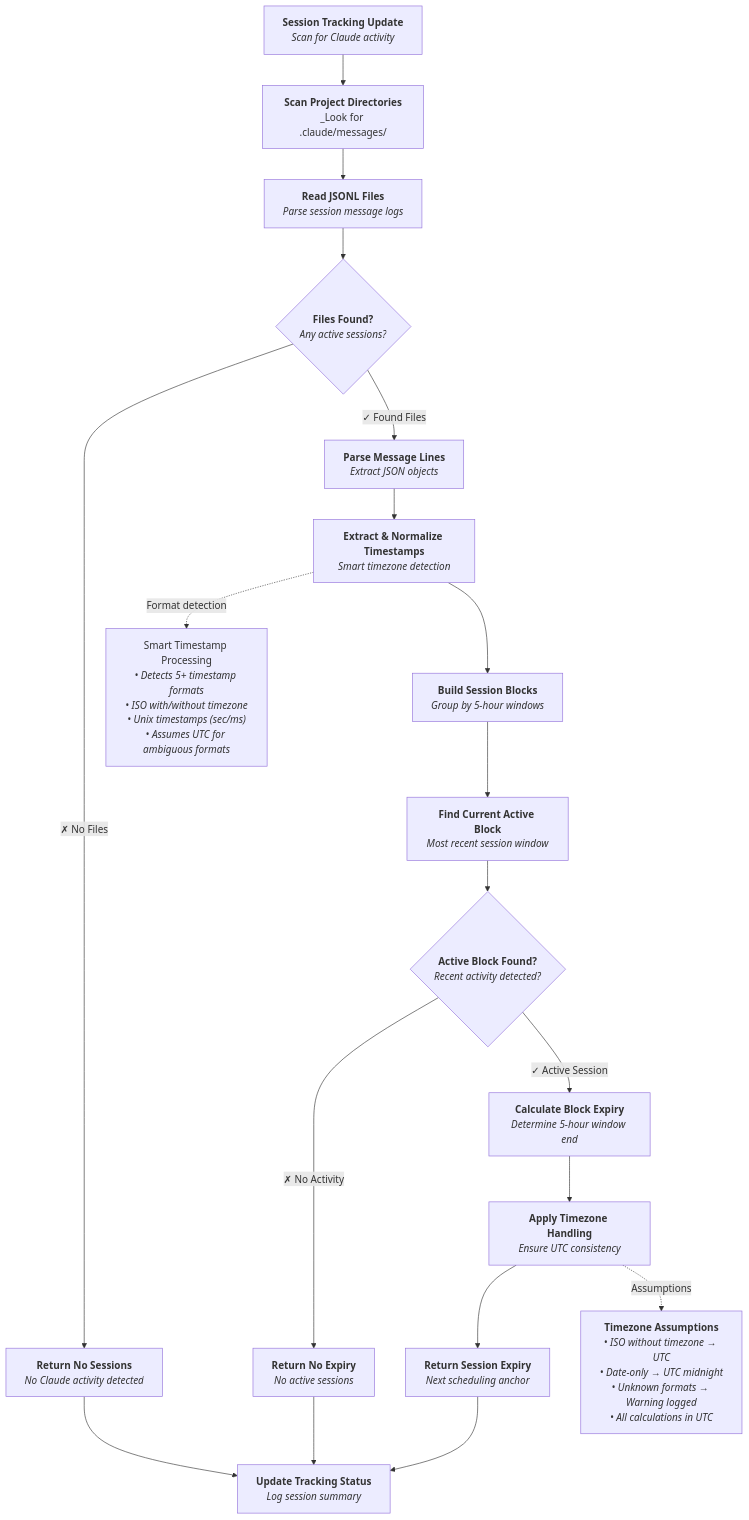
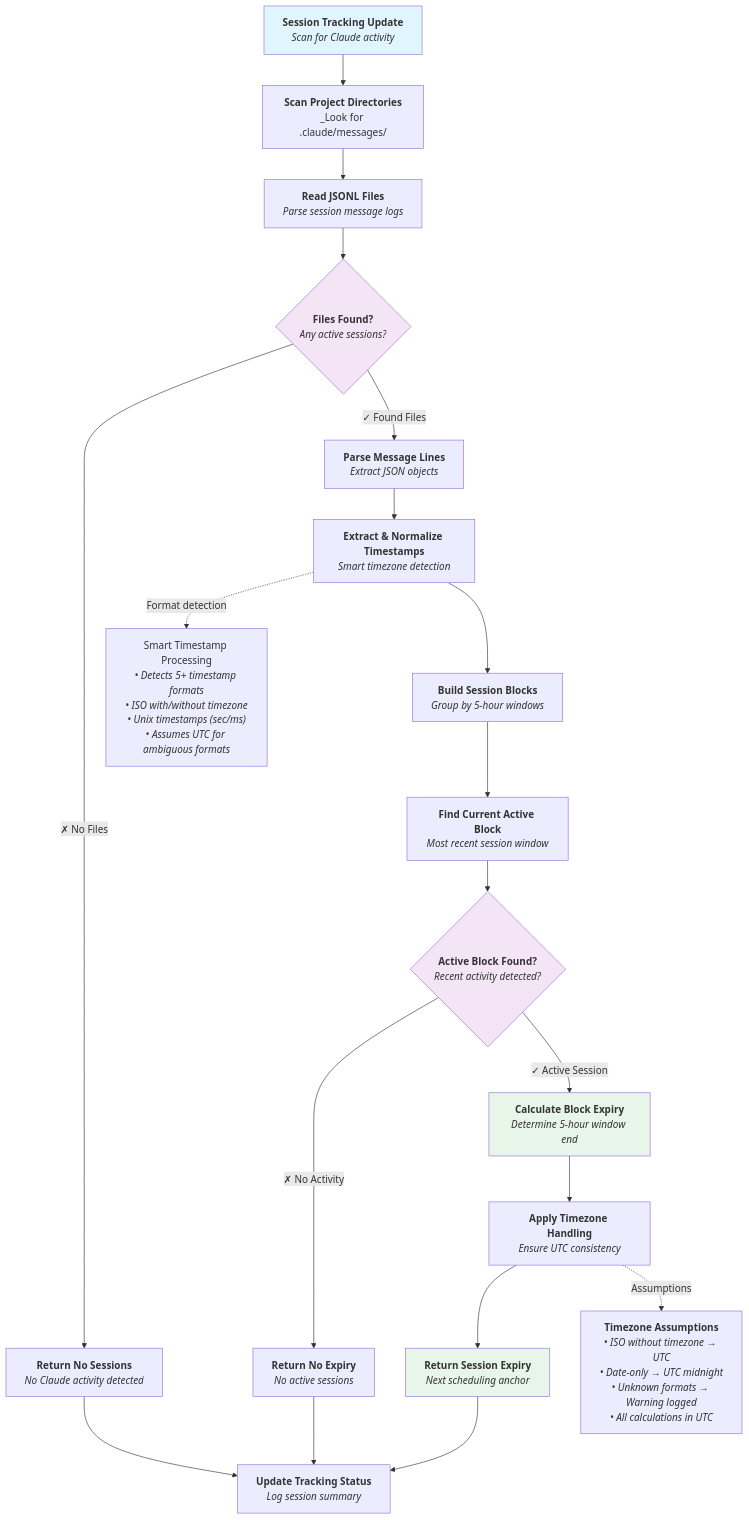
The seventh of 11 diagrams in docs/workflow-diagrams.md (substance0/claudepulse), drawn with Mermaid before and after one commit. The commit also changed other lines of this file and 38 other files, not shown here.

````diff
--- a/docs/workflow-diagrams.md
+++ b/docs/workflow-diagrams.md
@@ -283,63 +420,70 @@
 ```mermaid
 graph TD
     A["`**Session Tracking Update**
     _Scan for Claude activity_`"] --> B["`**Scan Project Directories**
     _Look for .claude/messages/`"]
 
     B --> C["`**Read JSONL Files**
     _Parse session message logs_`"]
 
     C --> D{"`**Files Found?**
     _Any active sessions?_`"}
 
     D -->|"✗ No Files"| E["`**Return No Sessions**
     _No Claude activity detected_`"]
 
     D -->|"✓ Found Files"| F["`**Parse Message Lines**
     _Extract JSON objects_`"]
 
     F --> G["`**Extract & Normalize Timestamps**
     _Smart timezone detection_`"]
 
     G --> H["`**Build Session Blocks**
     _Group by 5-hour windows_`"]
 
     H --> I["`**Find Current Active Block**
     _Most recent session window_`"]
 
     I --> J{"`**Active Block Found?**
     _Recent activity detected?_`"}
 
     J -->|"✓ Active Session"| K["`**Calculate Block Expiry**
     _Determine 5-hour window end_`"]
 
     J -->|"✗ No Activity"| L["`**Return No Expiry**
     _No active sessions_`"]
 
     K --> M["`**Apply Timezone Handling**
     _Ensure UTC consistency_`"]
 
     M --> N["`**Return Session Expiry**
     _Next scheduling anchor_`"]
 
     E --> O["`**Update Tracking Status**
     _Log session summary_`"]
     L --> O
     N --> O
 
     %% Annotations for improved timezone handling
     NOTE5["`Smart Timestamp Processing
     _• Detects 5+ timestamp formats
     • ISO with/without timezone
     • Unix timestamps (sec/ms)
     • Assumes UTC for ambiguous formats_`"]
 
     NOTE6["`**Timezone Assumptions**
     _• ISO without timezone → UTC
     • Date-only → UTC midnight
     • Unknown formats → Warning logged
     • All calculations in UTC_`"]
 
     G -.->|"Format detection"| NOTE5
     M -.->|"Assumptions"| NOTE6
+
+    %% Consistent styling
+    style A fill:#e1f5fe
+    style D fill:#f3e5f5
+    style J fill:#f3e5f5
+    style K fill:#e8f5e9
+    style N fill:#e8f5e9
 ```
````
